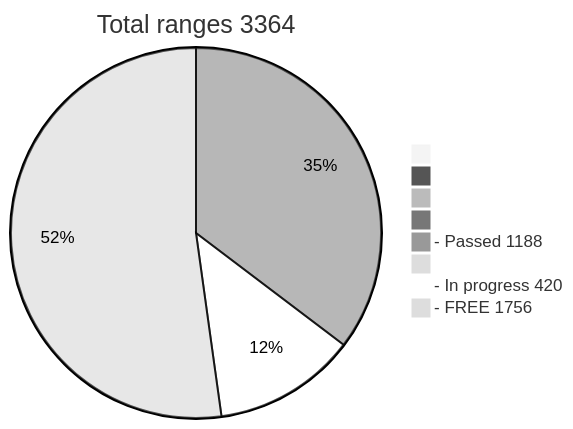
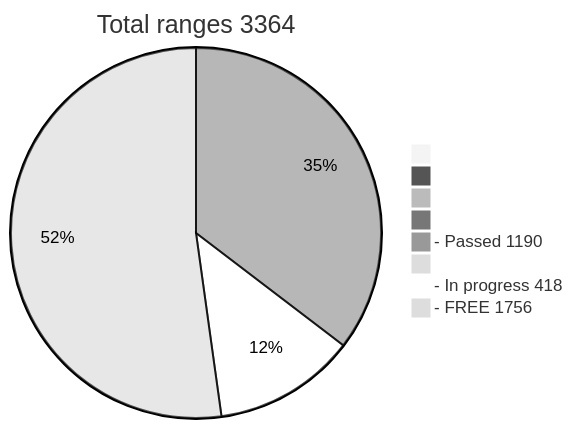
One commit to phrutis/wif500 changed the diagram in README.md. Above: the diagram before and after it, drawn with Mermaid (neutral theme).

````diff
--- a/README.md
+++ b/README.md
@@ -16,12 +16,12 @@
 ```mermaid
 pie title Total ranges 3364
              " " : 0
             "  " : 0
            "   " : 0
           "    " : 0
-  "- Passed 1188" : 1188
+  "- Passed 1190" : 1190
          "     " : 0
-  "- In progress 420" : 420
+  "- In progress 418" : 418
    "- FREE 1756" : 1756
    
 ```
````
